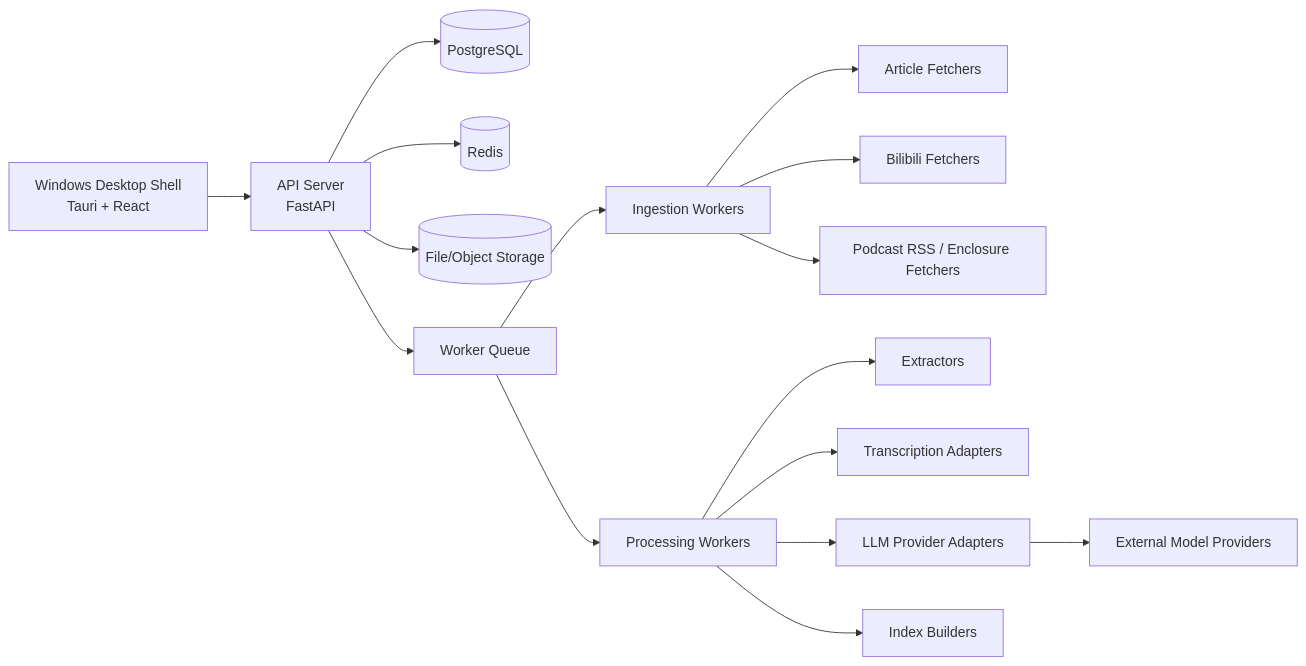
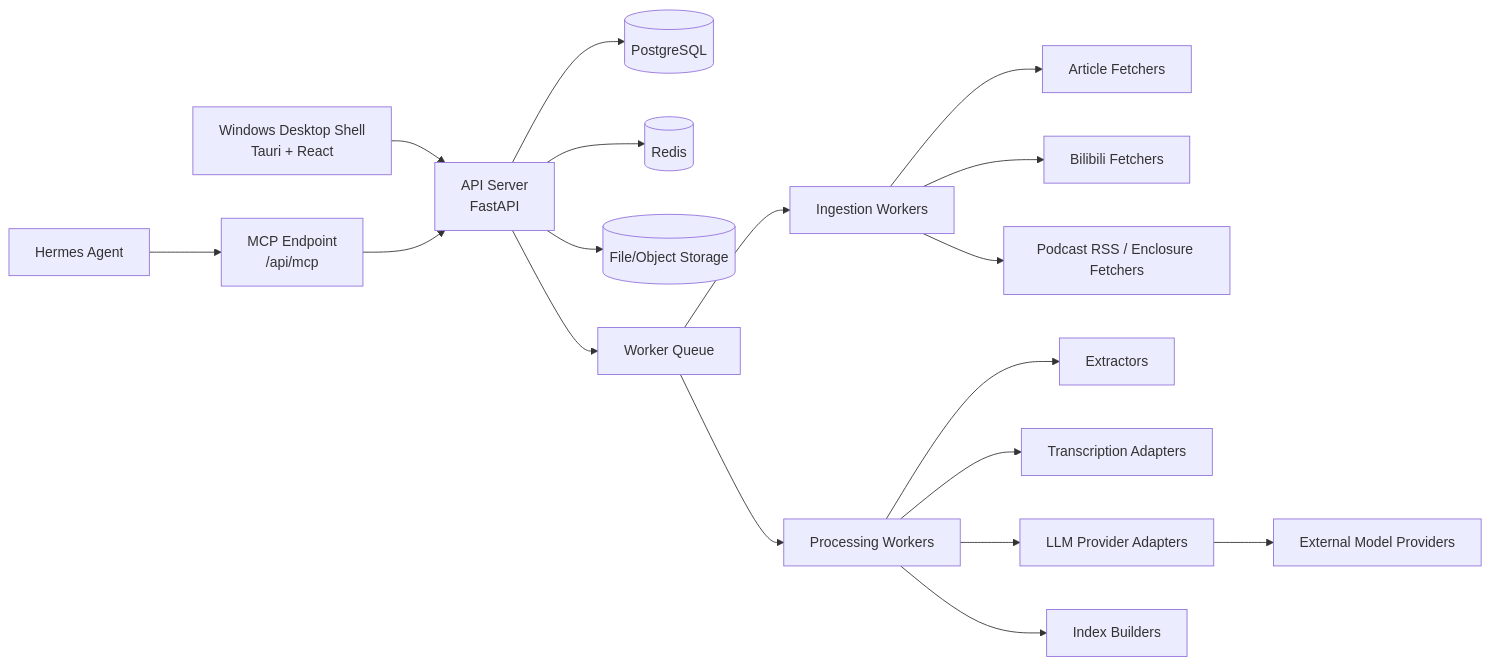
One commit to Wh1te0ne/OneRadar changed the first of 5 diagrams in docs/architecture_v1.md. Above: the diagram before and after it, drawn with Mermaid. The commit also changed other lines of this file and 20 other files, not shown here.

````diff
--- a/docs/architecture_v1.md
+++ b/docs/architecture_v1.md
@@ -34,18 +35,20 @@
 ```mermaid
 flowchart LR
   UI[Windows Desktop Shell\nTauri + React] --> API[API Server\nFastAPI]
+  HERMES[Hermes Agent] --> MCP[MCP Endpoint\n/api/mcp]
+  MCP --> API
   API --> PG[(PostgreSQL)]
   API --> REDIS[(Redis)]
   API --> OBJ[(File/Object Storage)]
   API --> W[Worker Queue]
   W --> ING[Ingestion Workers]
   W --> PROC[Processing Workers]
   ING --> SRC1[Article Fetchers]
   ING --> SRC2[Bilibili Fetchers]
   ING --> SRC3[Podcast RSS / Enclosure Fetchers]
   PROC --> EX[Extractors]
   PROC --> TR[Transcription Adapters]
   PROC --> AI[LLM Provider Adapters]
   PROC --> IX[Index Builders]
   AI --> EXT[External Model Providers]
 ```
````
